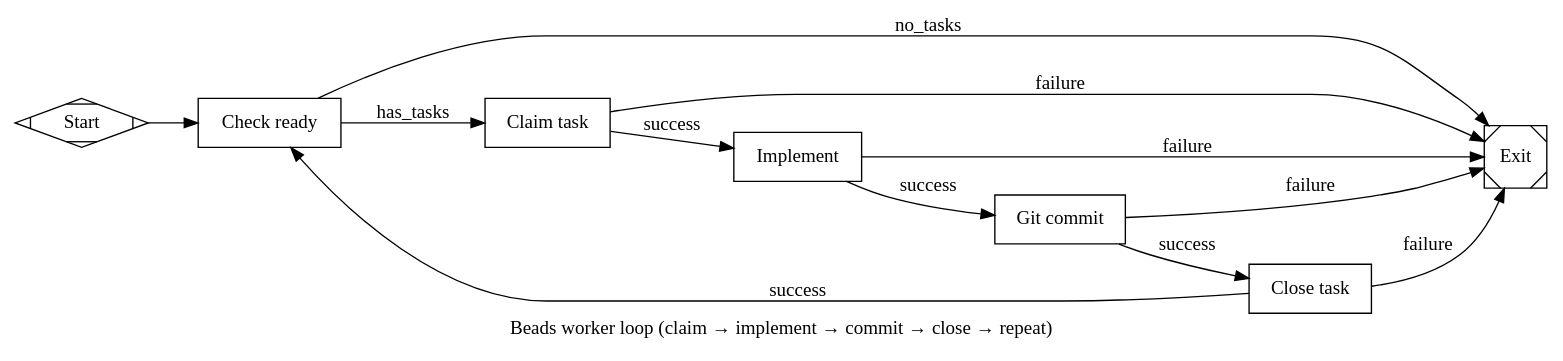
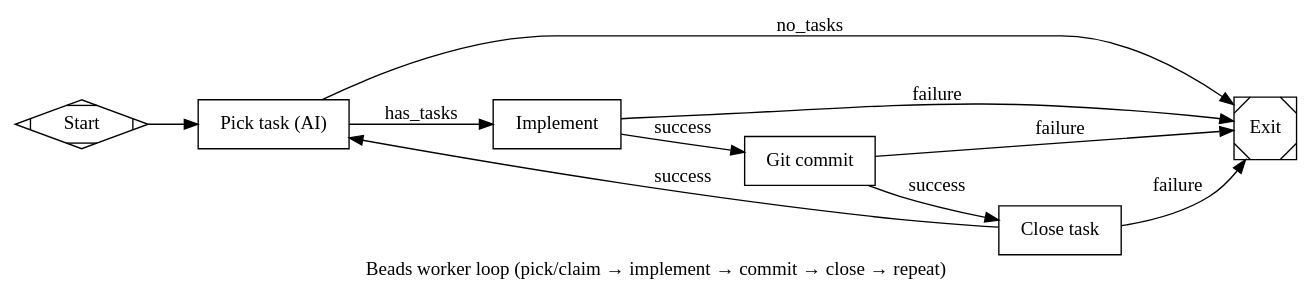
The diagram in examples/workflows/beads-worker-loop.dot (Industrial/streamweave-attractor), drawn with Graphviz before and after one commit.

Commit message:
refactor(beads-worker-loop): update task management flow and prompts
- Renamed "Check ready" to "Pick task (AI)" and updated its prompt for clarity on task selection process.
- Adjusted flow to replace "Check ready" with "Pick task" and modified subsequent connections to reflect the new task management structure.
- Enhanced prompts for task implementation and closing to improve user guidance.

```diff
--- a/examples/workflows/beads-worker-loop.dot
+++ b/examples/workflows/beads-worker-loop.dot
@@ -1,37 +1,32 @@
 digraph BeadsWorkerLoop {
   graph [
     goal="Drain ready beads tasks one by one; do not commit .beads/issues.jsonl",
-    label="Beads worker loop (claim → implement → commit → close → repeat)"
+    label="Beads worker loop (pick/claim → implement → commit → close → repeat)"
   ]
   rankdir=LR
 
   start [shape=Mdiamond, label="Start"]
   exit [shape=Msquare, label="Exit"]
 
-  check_ready [
+  pick_task [
     shape=box,
-    label="Check ready",
-    type=exec,
-    command="devenv shell -- sh -c 'bd ready --json | jq -ce \"if length == 0 then halt_error(1) else {context_updates: {ready_task_id: .[0].id}} end\" > \"${ATTRACTOR_STAGE_DIR:-.attractor}/outcome.json\"'"
+    label="Pick task (AI)",
+    prompt="You are the beads-worker. Ensure exactly one task is in progress and set context key ready_task_id to that task id. Use devenv shell for all bd commands.\n\n1. List in-progress: devenv shell -- bd list --status=in_progress --json\n2. If multiple in-progress: choose one to keep; for each of the others run: devenv shell -- bd update <id> --status open --json. Set ready_task_id to the id you kept. Exit 0.\n3. If exactly one in-progress: set ready_task_id to that id. Exit 0.\n4. If zero in-progress: run devenv shell -- bd ready --json. If the list is empty, exit 1 (no work). Otherwise pick the first task, run: devenv shell -- bd update <id> --status in_progress --claim --json, set ready_task_id to that id. Exit 0.\n\nWrite outcome (success/fail) and context_updates (ready_task_id) to the stage outcome so the pipeline can continue. Exit 0 when a task is picked; exit 1 when there is no task to do."
   ]
-
-  status_in_progress [shape=box, label="Claim task", prompt="Claim the task whose id is in context key ready_task_id. Run: devenv shell -- bd update $ready_task_id --status in_progress --claim --json. Exit 0."]
 
   implement [shape=box, label="Implement", prompt="You are the beads-worker (see .cursor/agents/beads-worker.md). Implement the claimed task. Follow project rules: Effect.ts, devenv shell, no todo_write. Run tests/linters for changed code. Do not run bd close or git commit yet. Exit 0 when done."]
 
   git_commit [shape=box, label="Git commit", prompt="Commit code and config changes with a conventional commit message. Do NOT stage or commit .beads/issues.jsonl; exclude it from the commit. Use: devenv shell -- git add (files other than .beads/issues.jsonl), then git commit -m \"<message>\". Exit 0."]
 
-  status_done [shape=box, label="Close task", prompt="Close the task: run devenv shell -- bd close $ready_task_id --reason \"Done\" --json. Exit 0. The pipeline will then return to Check ready."]
+  status_done [shape=box, label="Close task", prompt="Close the task: run devenv shell -- bd close $ready_task_id --reason \"Done\" --json. Exit 0. The pipeline will then return to Pick task."]
 
-  start -> check_ready
-  check_ready -> status_in_progress [label="has_tasks", condition="outcome=success"]
-  check_ready -> exit [label="no_tasks", condition="outcome=fail"]
-  status_in_progress -> implement [label="success", condition="outcome=success"]
-  status_in_progress -> exit [label="failure", condition="outcome=fail"]
+  start -> pick_task
+  pick_task -> implement [label="has_tasks", condition="outcome=success"]
+  pick_task -> exit [label="no_tasks", condition="outcome=fail"]
   implement -> git_commit [label="success", condition="outcome=success"]
   implement -> exit [label="failure", condition="outcome=fail"]
   git_commit -> status_done [label="success", condition="outcome=success"]
   git_commit -> exit [label="failure", condition="outcome=fail"]
-  status_done -> check_ready [label="success", condition="outcome=success"]
+  status_done -> pick_task [label="success", condition="outcome=success"]
   status_done -> exit [label="failure", condition="outcome=fail"]
 }
```
